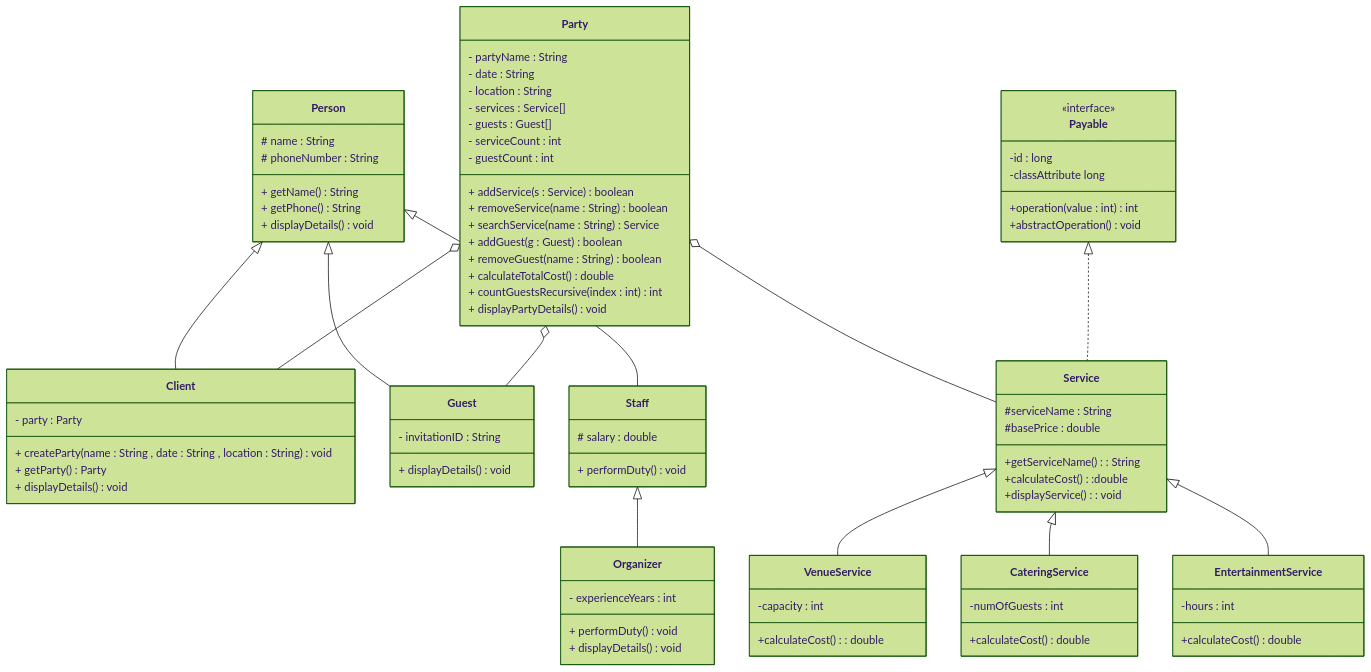
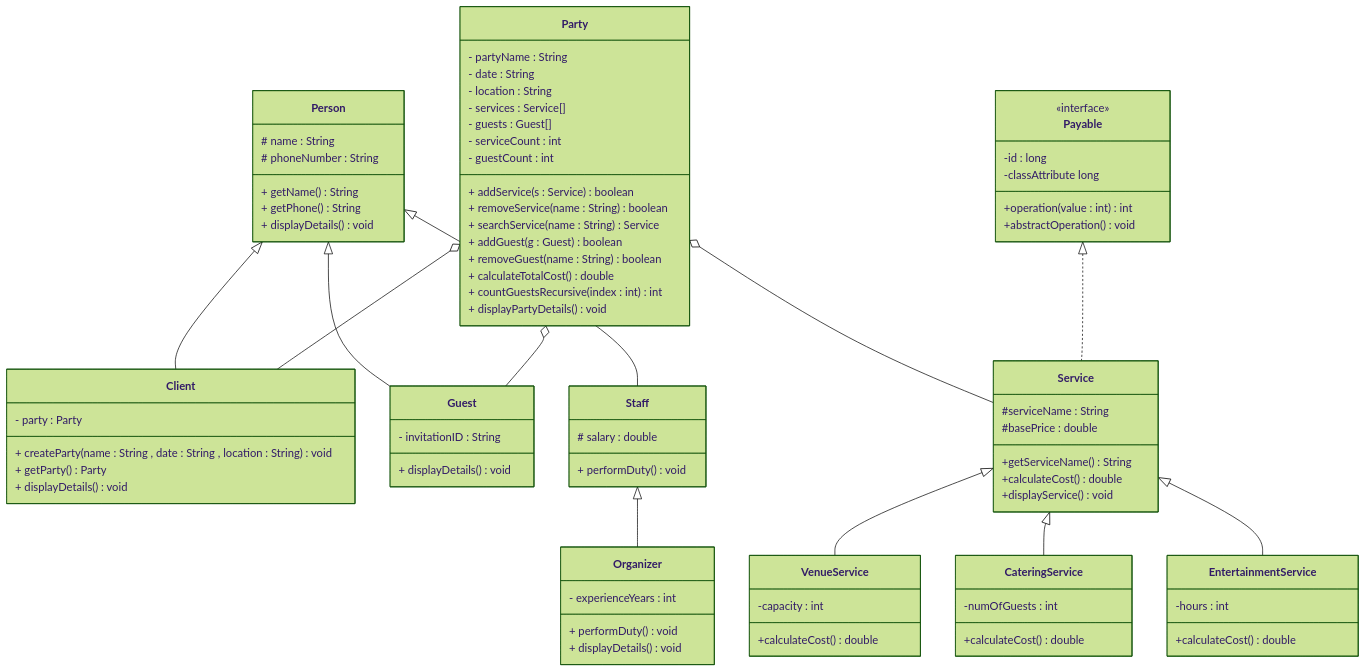
The diagram in README.md (Aljawharah46/CSC113-project-P1), drawn with Mermaid (forest theme) before and after one commit.

```diff
--- a/README.md
+++ b/README.md
@@ -54,14 +54,14 @@
 class Service {
 #serviceName : String
 #basePrice : double
-+getServiceName() : String
-+calculateCost() :double
-+displayService() : void
++getServiceName()  String
++calculateCost()  double
++displayService()  void
 }
 
 class VenueService {
 -capacity : int
-+calculateCost() : double
++calculateCost()  double
 }
 
 class CateringService {
```
